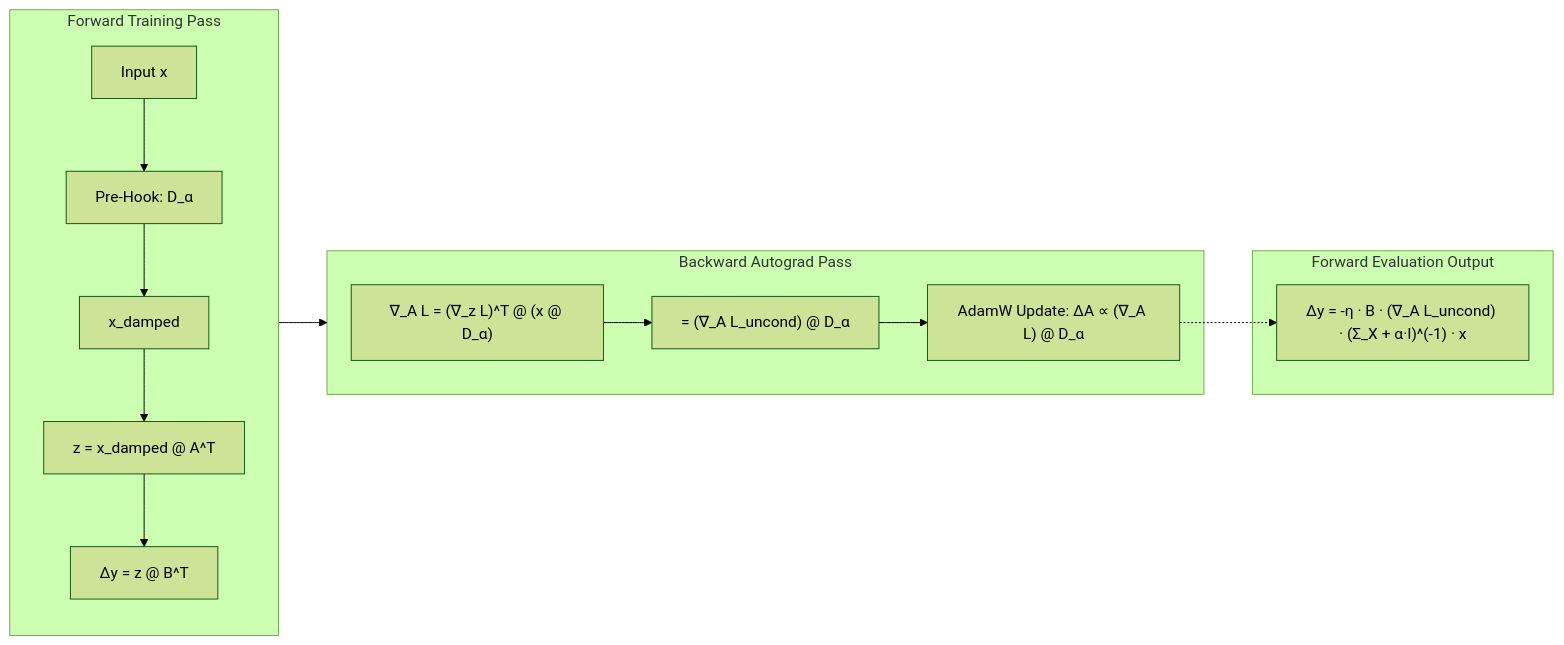
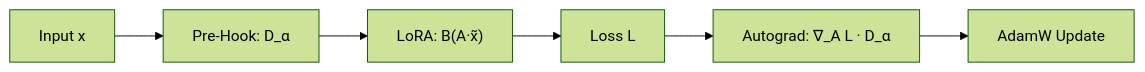
Before and after one commit to srishanthsriramula/ReseachX: the diagram in obsidian/ReseachX/04_Protocols/Autograd_PreHook_Execution_Graph.md, drawn with Mermaid (forest theme). The commit also changed other lines of this file and 14 other files, not shown here.

Commit message:
Replace oversized and vertically sprawling Mermaid diagrams with compact responsive tables, algorithm callouts, and streamlined vector flowcharts

````diff
--- a/obsidian/ReseachX/04_Protocols/Autograd_PreHook_Execution_Graph.md
+++ b/obsidian/ReseachX/04_Protocols/Autograd_PreHook_Execution_Graph.md
@@ -8,20 +28,8 @@
 ```mermaid
 flowchart LR
-    subgraph Forward ["Forward Training Pass"]
-        X["Input x"] --> PRE["Pre-Hook: D_α"]
-        PRE --> XD["x_damped"]
-        XD --> LORA_A["z = x_damped @ A^T"]
-        LORA_A --> LORA_B["Δy = z @ B^T"]
-    end
-
-    subgraph Backward ["Backward Autograd Pass"]
-        CHAIN["∇_A L = (∇_z L)^T @ (x @ D_α)"] --> NAT["= (∇_A L_uncond) @ D_α"]
-        NAT --> STEP["AdamW Update: ΔA ∝ (∇_A L) @ D_α"]
-    end
-
-    subgraph Output ["Forward Evaluation Output"]
-        STEP -.-> OUT["Δy = -η · B · (∇_A L_uncond) · (Σ_X + α·I)^(-1) · x"]
-    end
-
-    Forward --> Backward
+    X["Input x"] --> DAMP["Pre-Hook: D_α"]
+    DAMP --> LORA["LoRA: B(A·x̃)"]
+    LORA --> LOSS["Loss L"]
+    LOSS --> GRAD["Autograd: ∇_A L · D_α"]
+    GRAD --> UPDATE["AdamW Update"]
 ```
````
